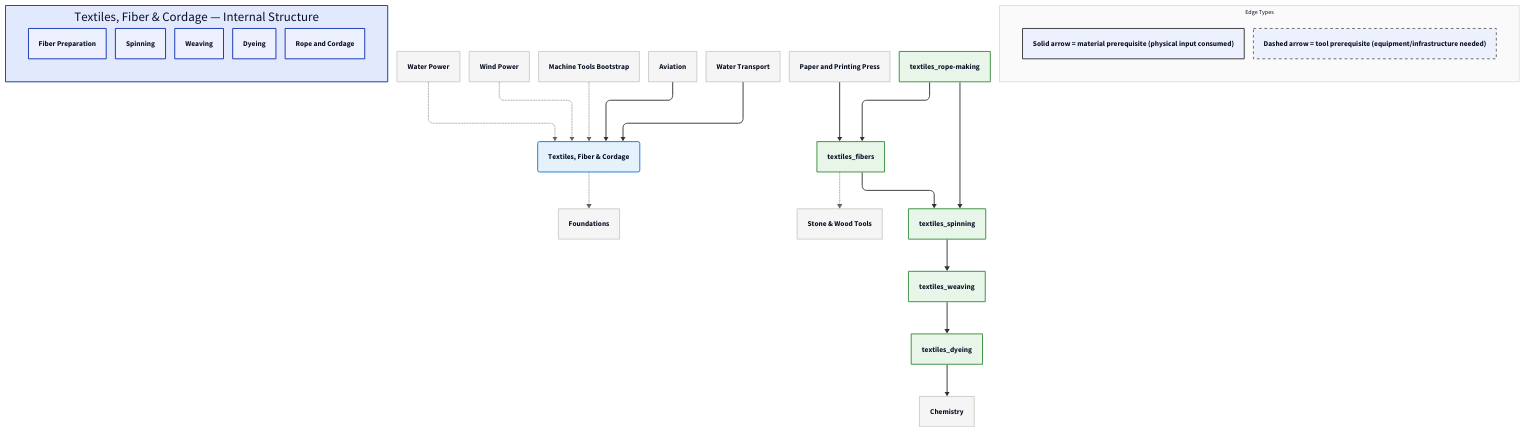
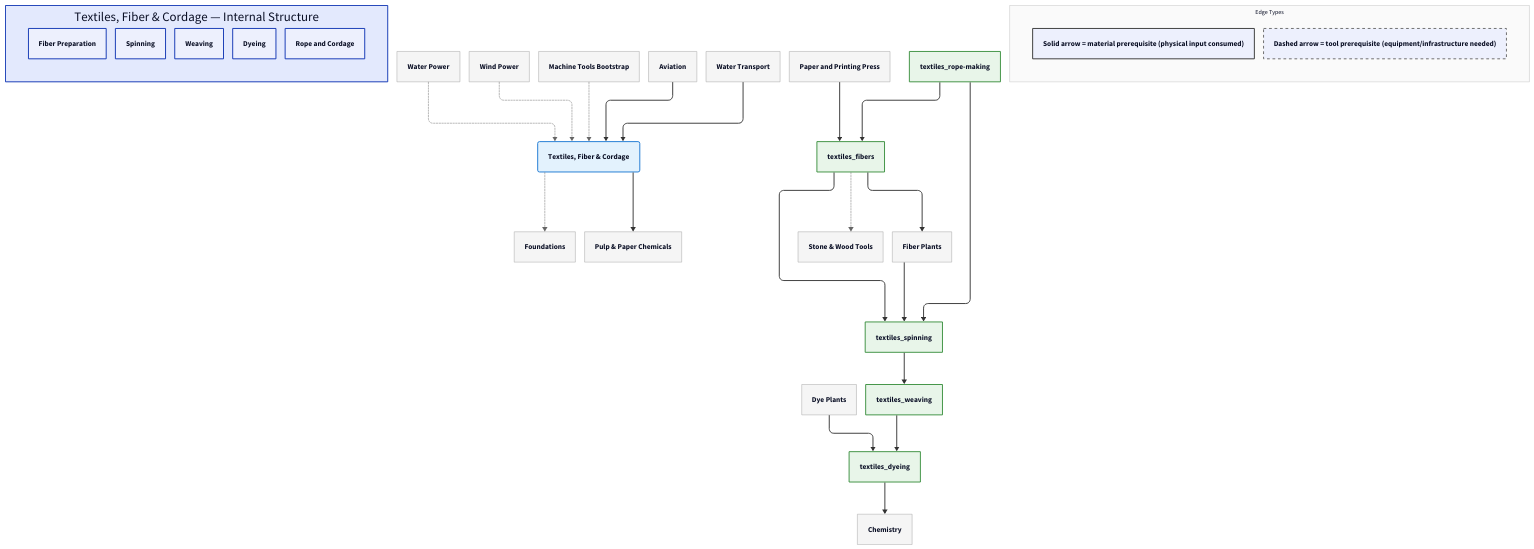
One commit to egofree/TechTree changed the diagram in diagrams/d2/textiles.d2. Above: the diagram before and after it, drawn with D2. The commit also changed 46 other files, not shown here.

```diff
--- a/diagrams/d2/textiles.d2
+++ b/diagrams/d2/textiles.d2
@@ -1,176 +1,192 @@
 vars: {
   d2-config: {
     layout-engine: elk
     pad: 20
     center: true
   }
 }
 
 direction: down
 
 classes: {
   domain: {
     style: {
       fill: "#e3f2fd"
       stroke: "#1976d2"
       stroke-width: 2
       border-radius: 4
     }
   }
   capability: {
     style: {
       fill: "#e8f5e9"
       stroke: "#388e3c"
       stroke-width: 2
     }
   }
   process: {
     style: {
       fill: "#fff3e0"
       stroke: "#f57c00"
       stroke-width: 2
     }
   }
   critical: {
     style: {
       fill: "#fff3e0"
       stroke: "#f57c00"
       stroke-width: 3
       bold: true
     }
   }
   earlyWin: {
     style: {
       fill: "#e8f5e9"
       stroke: "#388e3c"
       stroke-width: 3
     }
   }
   pinnacle: {
     style: {
       fill: "#fce4ec"
       stroke: "#c62828"
       stroke-width: 3
       bold: true
     }
   }
   external: {
     style: {
       fill: "#f5f5f5"
       stroke: "#9e9e9e"
       stroke-width: 1
     }
   }
   legend: {
     style: {
       fill: "#fafafa"
       stroke: "#bdbdbd"
       stroke-width: 1
       font-size: 13
     }
   }
   material-edge: {
     style: {
       stroke: "#333333"
       stroke-width: 2
     }
   }
   tool-edge: {
     style: {
       stroke: "#666666"
       stroke-width: 1
       stroke-dash: 3
     }
   }
 }
 
 # ==================== INTERNAL NODES ====================
 textiles_internal: "Textiles, Fiber & Cordage — Internal Structure" {
   textiles_fibers: Fiber Preparation
   textiles_spinning: Spinning
   textiles_weaving: Weaving
   textiles_dyeing: Dyeing
   textiles_rope-making: Rope and Cordage
 }
 
 # ==================== DOMAIN NODE ====================
 textiles: "Textiles, Fiber & Cordage"
 
 # ==================== EXTERNAL DEPENDENCIES ====================
 chemistry: Chemistry {
   shape: rectangle
 }
+chemistry_pulp-chemicals: "Pulp & Paper Chemicals" {
+  shape: rectangle
+}
 energy_gravity: Water Power {
   shape: rectangle
 }
 energy_wind: Wind Power {
   shape: rectangle
 }
 foundations: Foundations {
   shape: rectangle
 }
 foundations_tools-basic: "Stone & Wood Tools" {
   shape: rectangle
 }
 knowledge_printing: Paper and Printing Press {
   shape: rectangle
 }
 machine-tools: Machine Tools Bootstrap {
+  shape: rectangle
+}
+plants_dye-plants: Dye Plants {
+  shape: rectangle
+}
+plants_fiber-plants: Fiber Plants {
   shape: rectangle
 }
 transport_aviation: Aviation {
   shape: rectangle
 }
 transport_shipping: Water Transport {
   shape: rectangle
 }
 
 # ==================== EDGES ====================
 textiles_fibers -> textiles_spinning: { class: material-edge }
 textiles_spinning -> textiles_weaving: { class: material-edge }
 textiles_weaving -> textiles_dyeing: { class: material-edge }
 textiles_rope-making -> textiles_fibers: { class: material-edge }
 textiles_rope-making -> textiles_spinning: { class: material-edge }
 energy_gravity -> textiles: { class: tool-edge }
 energy_wind -> textiles: { class: tool-edge }
 machine-tools -> textiles: { class: tool-edge }
 textiles -> foundations: { class: tool-edge }
 transport_aviation -> textiles: { class: material-edge }
 textiles_fibers -> foundations_tools-basic: { class: tool-edge }
 textiles_dyeing -> chemistry: { class: material-edge }
 transport_shipping -> textiles: { class: material-edge }
 knowledge_printing -> textiles_fibers: { class: material-edge }
+textiles_fibers -> plants_fiber-plants: { class: material-edge }
+plants_fiber-plants -> textiles_spinning: { class: material-edge }
+plants_dye-plants -> textiles_dyeing: { class: material-edge }
+textiles -> chemistry_pulp-chemicals: { class: material-edge }
 
 # ==================== STYLING ====================
 textiles.class: domain
 textiles_fibers.class: capability
 textiles_spinning.class: capability
 textiles_weaving.class: capability
 textiles_dyeing.class: capability
 textiles_rope-making.class: capability
 chemistry.class: external
+chemistry_pulp-chemicals.class: external
 energy_gravity.class: external
 energy_wind.class: external
 foundations.class: external
 foundations_tools-basic.class: external
 knowledge_printing.class: external
 machine-tools.class: external
+plants_dye-plants.class: external
+plants_fiber-plants.class: external
 transport_aviation.class: external
 transport_shipping.class: external
 
 # ==================== LEGEND ====================
 d2-legend: "Edge Types" {
   class: legend
   mat: "Solid arrow = material prerequisite (physical input consumed)" {
     style: {
       stroke: "#333333"
       stroke-width: 2
     }
   }
   tool: "Dashed arrow = tool prerequisite (equipment/infrastructure needed)" {
     style: {
       stroke: "#666666"
       stroke-dash: 3
     }
   }
 }
```
